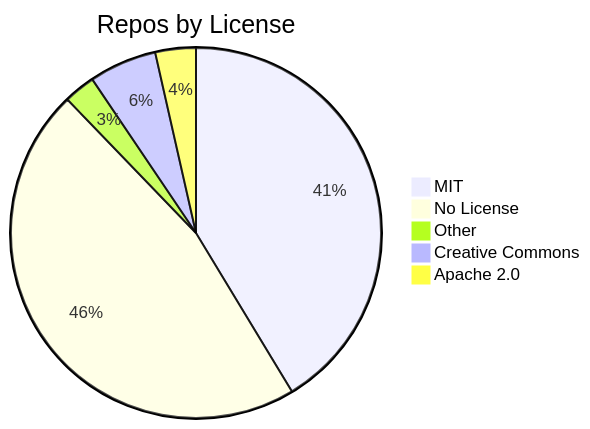
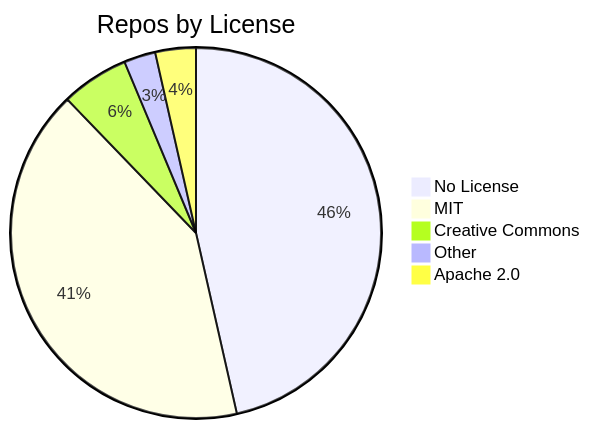
The diagram in README.md (jpatterson933/awesome-mcp-server-repo-index), drawn with Mermaid before and after one commit. The commit also changed other lines of this file and 3 other files, not shown here.

````diff
--- a/README.md
+++ b/README.md
@@ -29,8 +29,8 @@
 ```mermaid
 pie title Repos by License
+    "No License" : 118
     "MIT" : 105
-    "No License" : 118
+    "Creative Commons" : 15
     "Other" : 7
-    "Creative Commons" : 15
     "Apache 2.0" : 9
 ```
````
